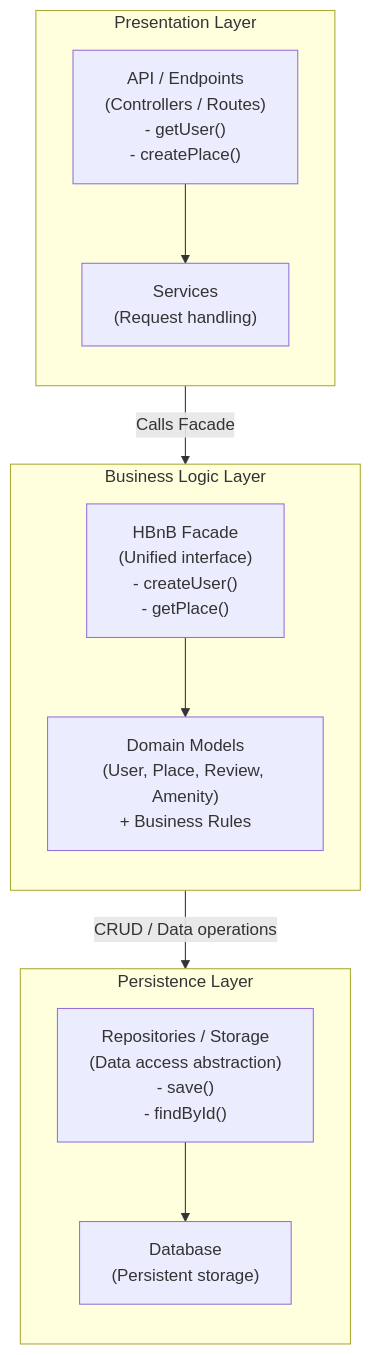
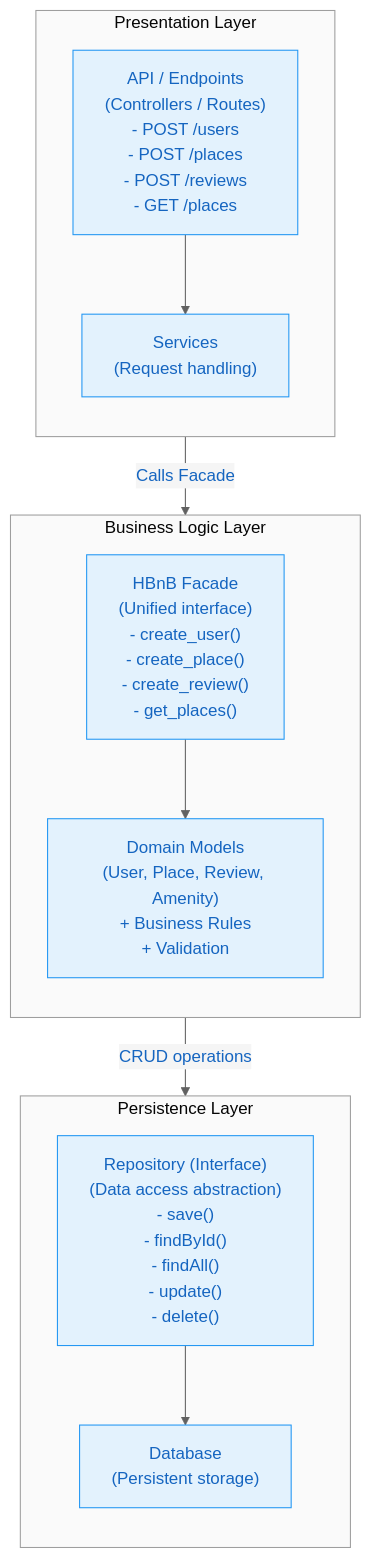
One commit to ValentinDLC/HolbertonSchool-Hbnb changed the diagram in Part1/High_level_package_diagram.md. Above: the diagram before and after it, drawn with Mermaid.

Commit message:
Style: add professional blue/grey theme to architecture diagram

````diff
--- a/Part1/High_level_package_diagram.md
+++ b/Part1/High_level_package_diagram.md
@@ -1,39 +1,49 @@
 ```mermaid
+%%{init: {'theme':'base', 'themeVariables': {
+  'primaryColor':'#E3F2FD',
+  'primaryTextColor':'#1565C0',
+  'primaryBorderColor':'#2196F3',
+  'lineColor':'#616161',
+  'secondaryColor':'#F5F5F5',
+  'tertiaryColor':'#FAFAFA',
+  'clusterBkg':'#FAFAFA',
+  'clusterBorder':'#9E9E9E'
+}}}%%
 flowchart TB
 
     %% ===================
     %% Presentation Layer
     %% ===================
     subgraph P["Presentation Layer"]
         direction TB
-        API["API / Endpoints\n(Controllers / Routes)\n- getUser()\n- createPlace()"]
+        API["API / Endpoints\n(Controllers / Routes)\n- POST /users\n- POST /places\n- POST /reviews\n- GET /places"]
         SVC["Services\n(Request handling)"]
         API --> SVC
     end
 
     %% ===================
     %% Business Logic Layer
     %% ===================
     subgraph B["Business Logic Layer"]
         direction TB
-        FACADE["HBnB Facade\n(Unified interface)\n- createUser()\n- getPlace()"]
-        MODELS["Domain Models\n(User, Place, Review, Amenity)\n+ Business Rules"]
+        FACADE["HBnB Facade\n(Unified interface)\n- create_user()\n- create_place()\n- create_review()\n- get_places()"]
+        MODELS["Domain Models\n(User, Place, Review, Amenity)\n+ Business Rules\n+ Validation"]
         FACADE --> MODELS
     end
 
     %% ===================
     %% Persistence Layer
     %% ===================
     subgraph D["Persistence Layer"]
         direction TB
-        REPO["Repositories / Storage\n(Data access abstraction)\n- save()\n- findById()"]
+        REPO["Repository (Interface)\n(Data access abstraction)\n- save()\n- findById()\n- findAll()\n- update()\n- delete()"]
         DB["Database\n(Persistent storage)"]
         REPO --> DB
     end
 
     %% ===================
     %% Layer Communication (Dependencies)
     %% ===================
     SVC -->|Calls Facade| FACADE
-    MODELS -->|CRUD / Data operations| REPO
+    MODELS -->|CRUD operations| REPO
 ```
````
